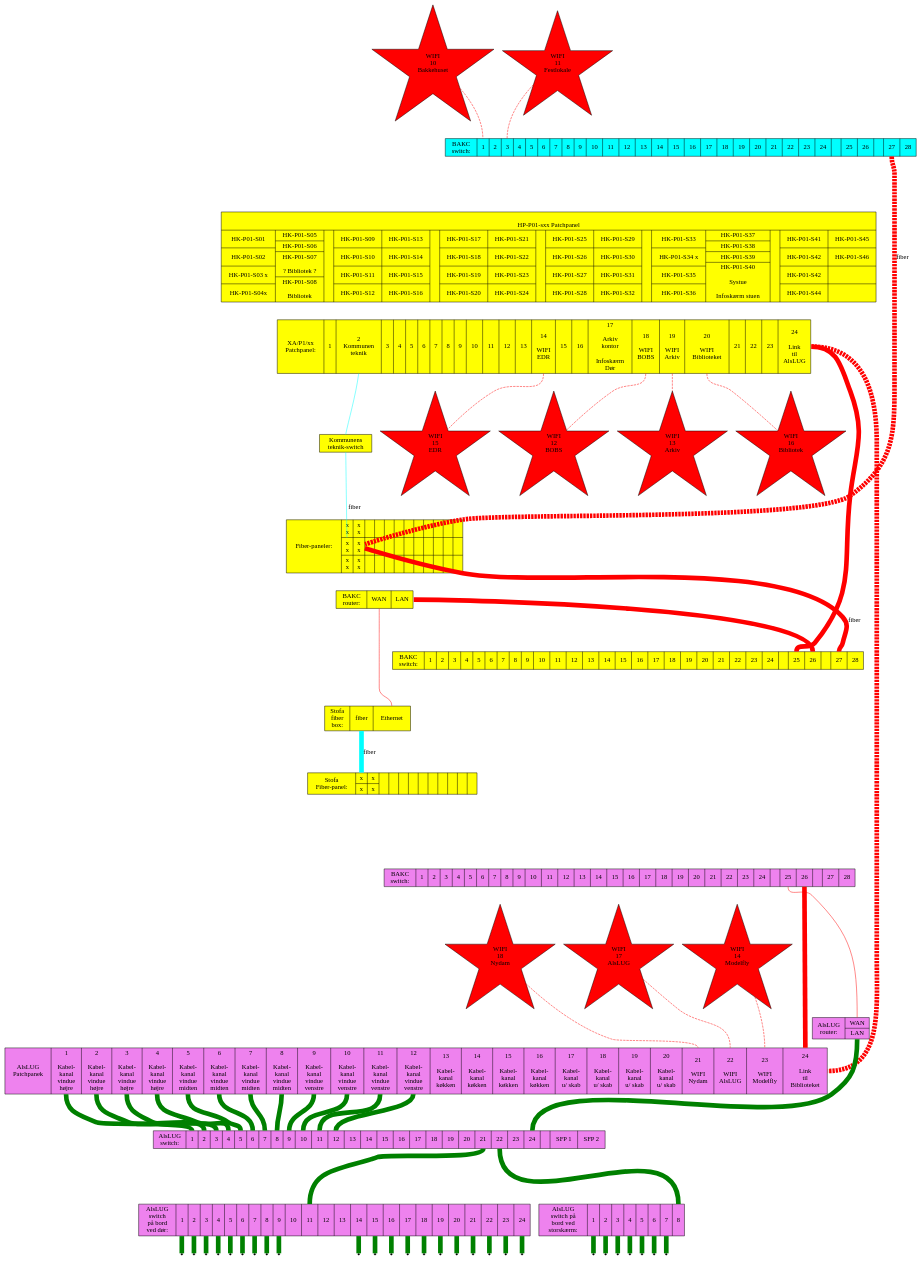
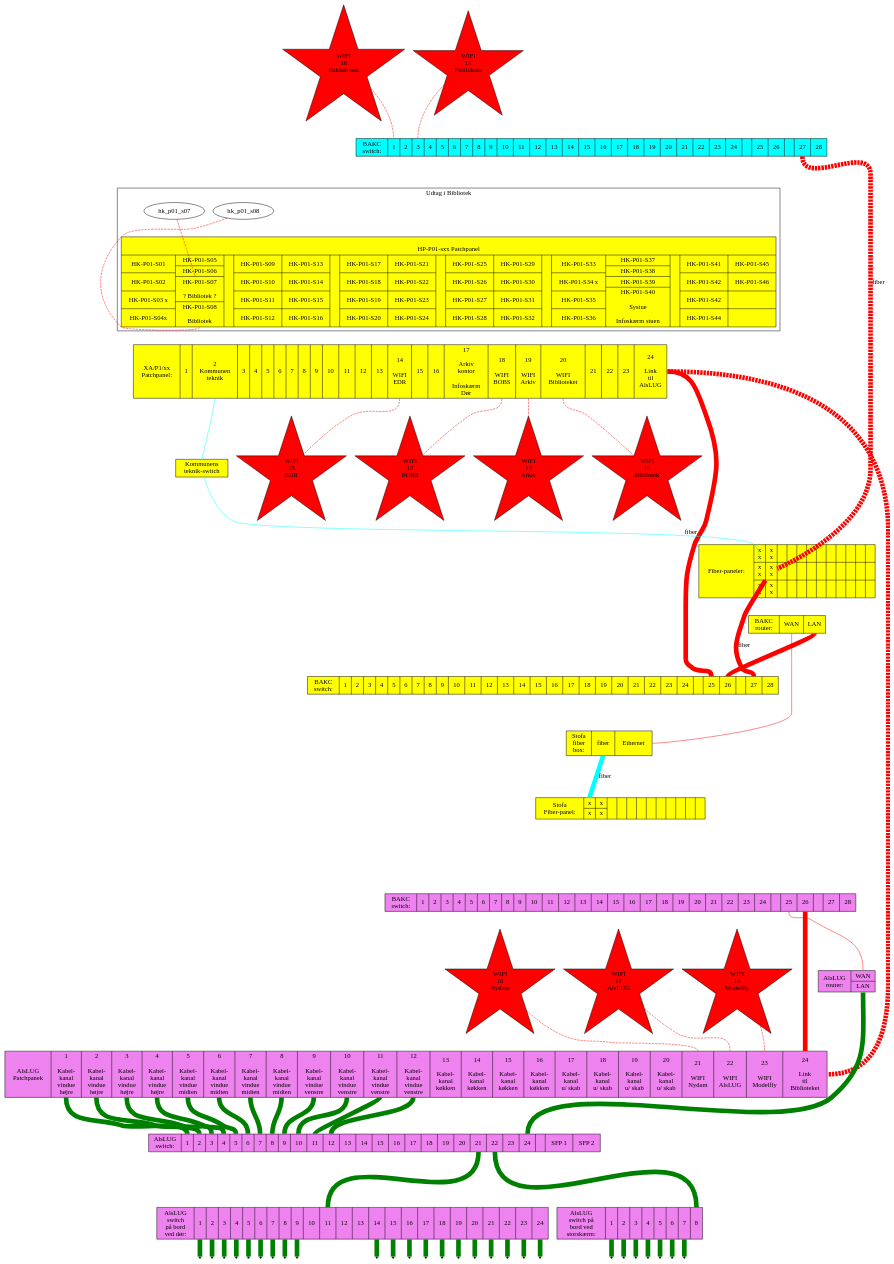
One commit to alslug/alslug.dk changed the diagram in projekter/patch-paneler.dot. Above: the diagram before and after it, drawn with Graphviz.

```diff
--- a/projekter/patch-paneler.dot
+++ b/projekter/patch-paneler.dot
@@ -409,9 +409,17 @@
 
  
 
+  edge [ color=red penwidth=1 style=dashed ];  
+  subgraph cluster_bib {
+  	label="Udtag i Bibliotek";
+	//node [ shape=point ];
+	hk_p01_s07 -> hk_p01:07;
+	hk_p01_s08 -> hk_p01:08;
+	{}
+  }
   
   node [ color=invis shape=point ];
-  edge [ color=invis penwidth=50 style=dotted ];
+  edge [ color=invis penwidth=50 style=dotted ];  
   bakc_festlokale_switch
 		-> _10 -> _9 ->
   	hk_p01 -> xa_p1 -> kommunens_teknikswitch -> bib_fiberpaneler_1 -> bakc_router -> _8 -> bakc_bib_switch -> _7 -> stofa_box -> _6 -> stofa_fiberpanel
```
